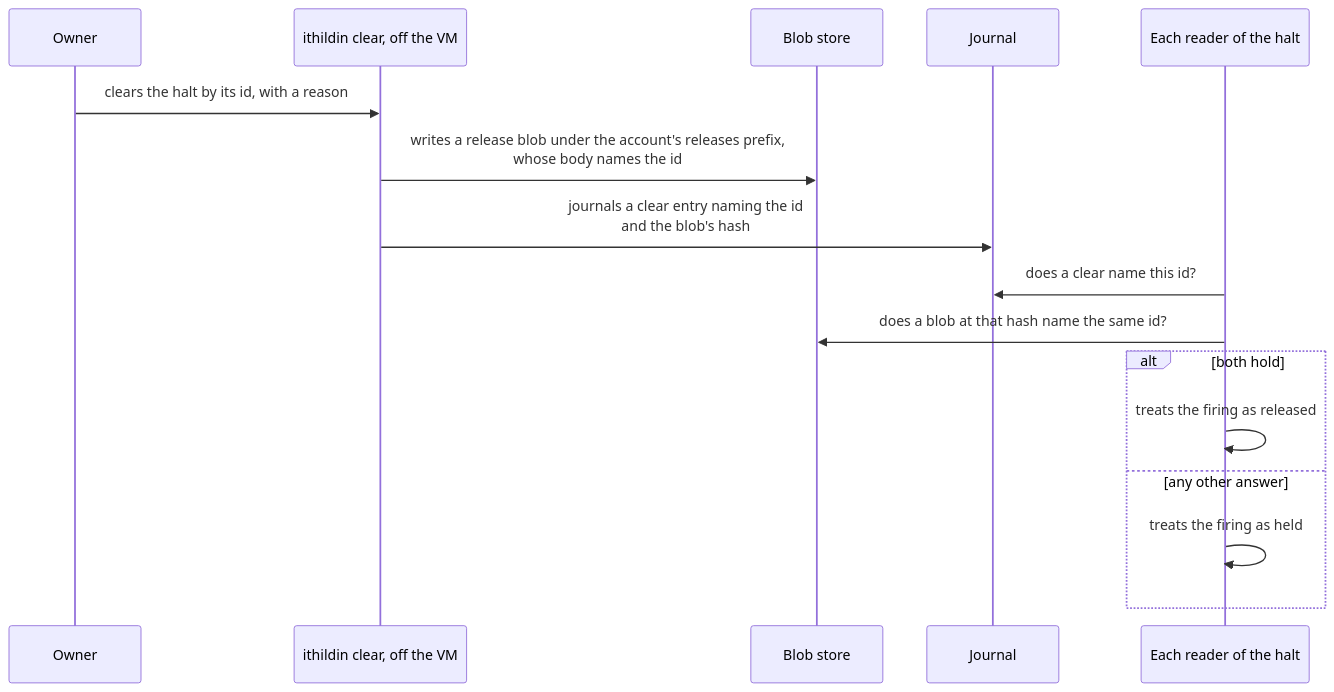
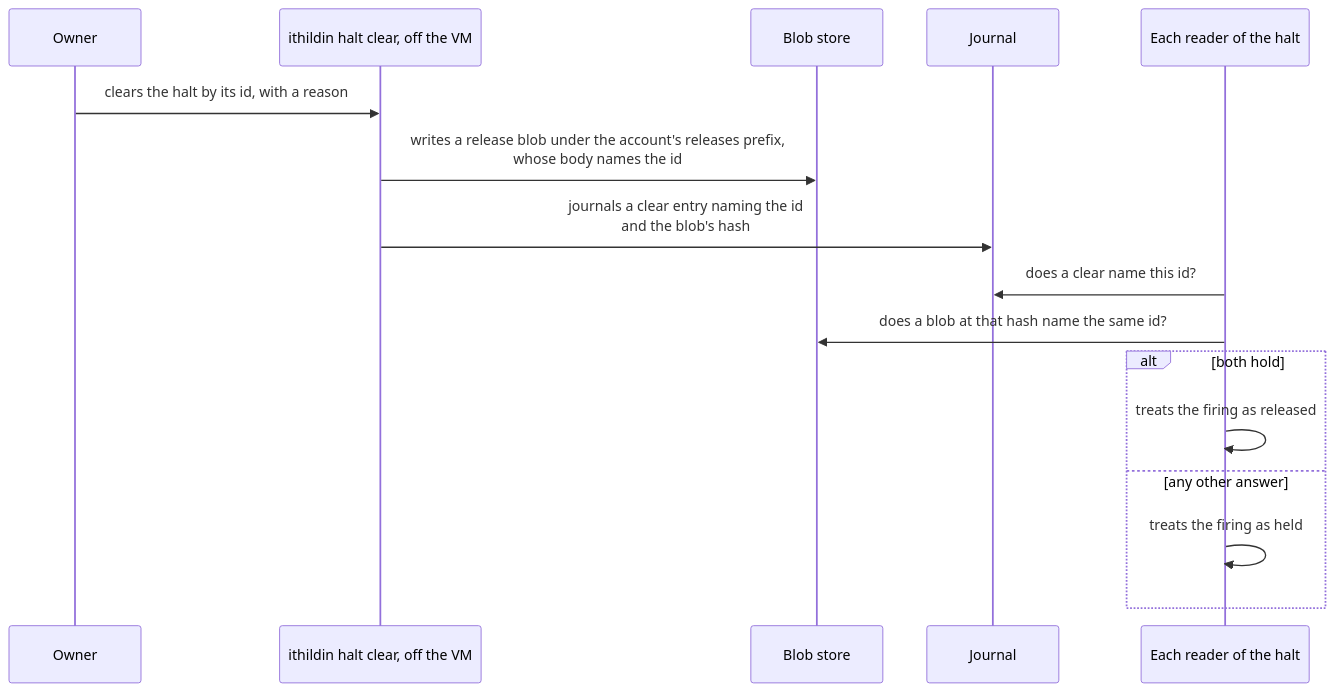
One commit to l3a0/ithildin-runtime changed the second of 3 diagrams in docs/halts-and-drills.md. Above: the diagram before and after it, drawn with Mermaid. The commit also changed other lines of this file and 2 other files, not shown here.

Commit message:
docs: group the writing commands by effect, and rename clear to halt clear
The owner asked for a better grouping and the rename. The ten writing
commands now sit in five groups, from stopping to changing the release,
and resuming runs from the smallest scope. ithildin clear becomes
ithildin halt clear, so every command names its object first.

Part of #4

````diff
--- a/docs/halts-and-drills.md
+++ b/docs/halts-and-drills.md
@@ -57,18 +57,18 @@
 ```mermaid
 sequenceDiagram
     participant P as Owner
-    participant T as ithildin clear, off the VM
+    participant T as ithildin halt clear, off the VM
     participant F as Blob store
     participant J as Journal
     participant R as Each reader of the halt
     P->>T: clears the halt by its id, with a reason
     T->>F: writes a release blob under the account's releases prefix,<br/>whose body names the id
     T->>J: journals a clear entry naming the id<br/>and the blob's hash
     R->>J: does a clear name this id?
     R->>F: does a blob at that hash name the same id?
     alt both hold
         R->>R: treats the firing as released
     else any other answer
         R->>R: treats the firing as held
     end
 ```
````
